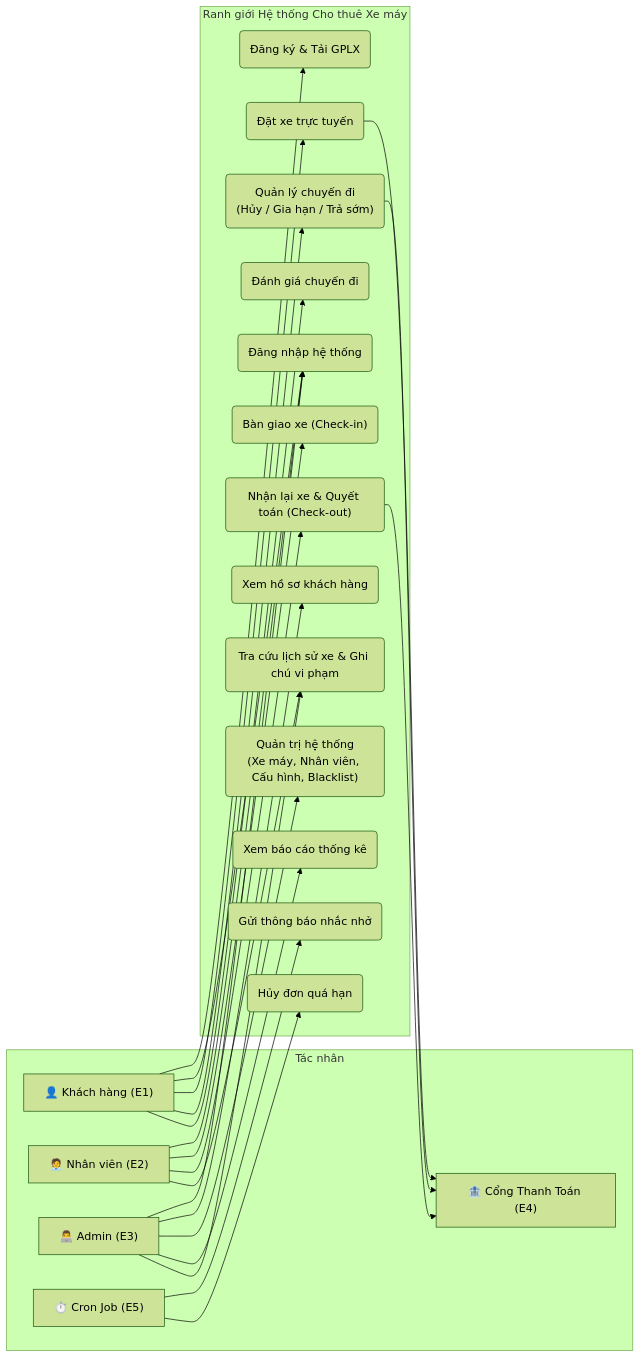
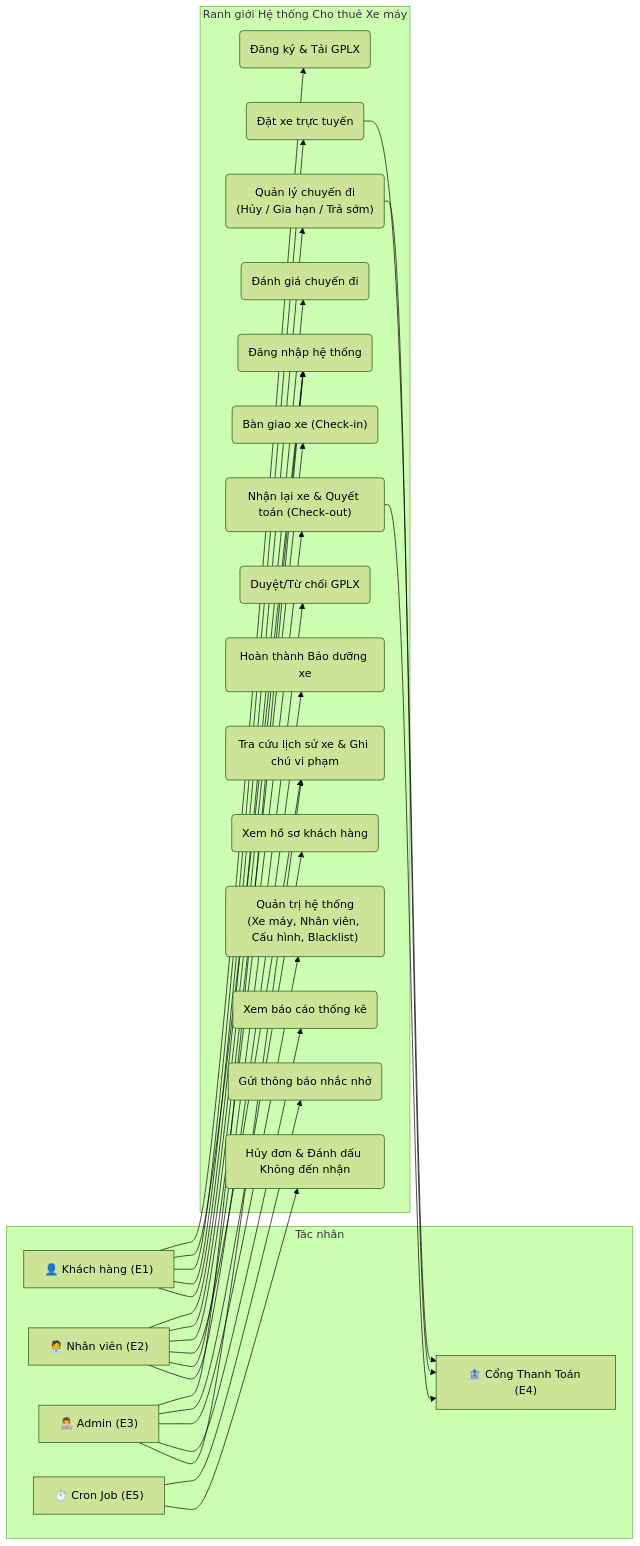
Before and after one commit to Vqd2k6/SAD-UTH: the first of 3 diagrams in docs/use-case-diagrams.md, drawn with Mermaid (forest theme). The commit also changed other lines of this file and 29 other files, not shown here.

````diff
--- a/docs/use-case-diagrams.md
+++ b/docs/use-case-diagrams.md
@@ -25,66 +25,70 @@
 ```mermaid
 graph LR
     %% Actors
     subgraph Actors [Tác nhân]
         E1["👤 Khách hàng (E1)"]
         E2["🧑‍💼 Nhân viên (E2)"]
         E3["👨‍💻 Admin (E3)"]
         E4["🏦 Cổng Thanh Toán (E4)"]
         E5["⏱️ Cron Job (E5)"]
     end
 
     %% System Boundary
     subgraph System [Ranh giới Hệ thống Cho thuê Xe máy]
         %% Common
         UC_Auth("Đăng nhập hệ thống")
 
         %% Customer Core
         UC_Reg("Đăng ký & Tải GPLX")
         UC_Book("Đặt xe trực tuyến")
         UC_TripMgmt("Quản lý chuyến đi<br>(Hủy / Gia hạn / Trả sớm)")
         UC_Rate("Đánh giá chuyến đi")
 
         %% Staff Core
         UC_Checkin("Bàn giao xe (Check-in)")
         UC_Checkout("Nhận lại xe & Quyết toán (Check-out)")
         UC_History("Tra cứu lịch sử xe & Ghi chú vi phạm")
+        UC_ApproveGPLX("Duyệt/Từ chối GPLX")
+        UC_Maintenance("Hoàn thành Bảo dưỡng xe")
 
         %% Admin Core
         UC_ReviewCustomer("Xem hồ sơ khách hàng")
         UC_SysAdmin("Quản trị hệ thống<br>(Xe máy, Nhân viên, Cấu hình, Blacklist)")
         UC_Report("Xem báo cáo thống kê")
         
         %% Auto Core
         UC_Remind("Gửi thông báo nhắc nhở")
-        UC_CancelAuto("Hủy đơn quá hạn")
+        UC_CancelAuto("Hủy đơn & Đánh dấu Không đến nhận")
     end
 
     %% Relationships - Customer
     E1 --> UC_Reg
     E1 --> UC_Auth
     E1 --> UC_Book
     E1 --> UC_TripMgmt
     E1 --> UC_Rate
 
     %% Relationships - Staff
     E2 --> UC_Auth
     E2 --> UC_Checkin
     E2 --> UC_Checkout
     E2 --> UC_History
+    E2 --> UC_ApproveGPLX
+    E2 --> UC_Maintenance
 
     %% Relationships - Admin
     E3 --> UC_Auth
     E3 --> UC_ReviewCustomer
     E3 --> UC_SysAdmin
     E3 --> UC_Report
     E3 --> UC_History
 
     %% Relationships - Cron
     E5 --> UC_Remind
     E5 --> UC_CancelAuto
 
     %% Supporting Connections
     UC_Book --> E4
     UC_TripMgmt --> E4
     UC_Checkout --> E4
 ```
````
